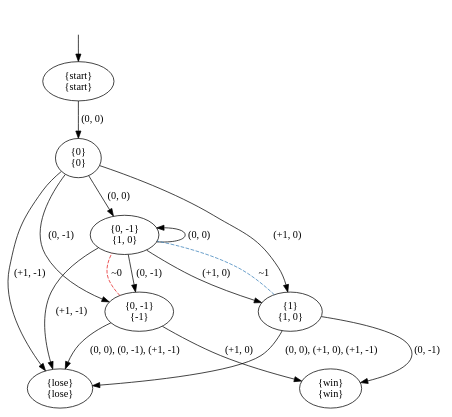
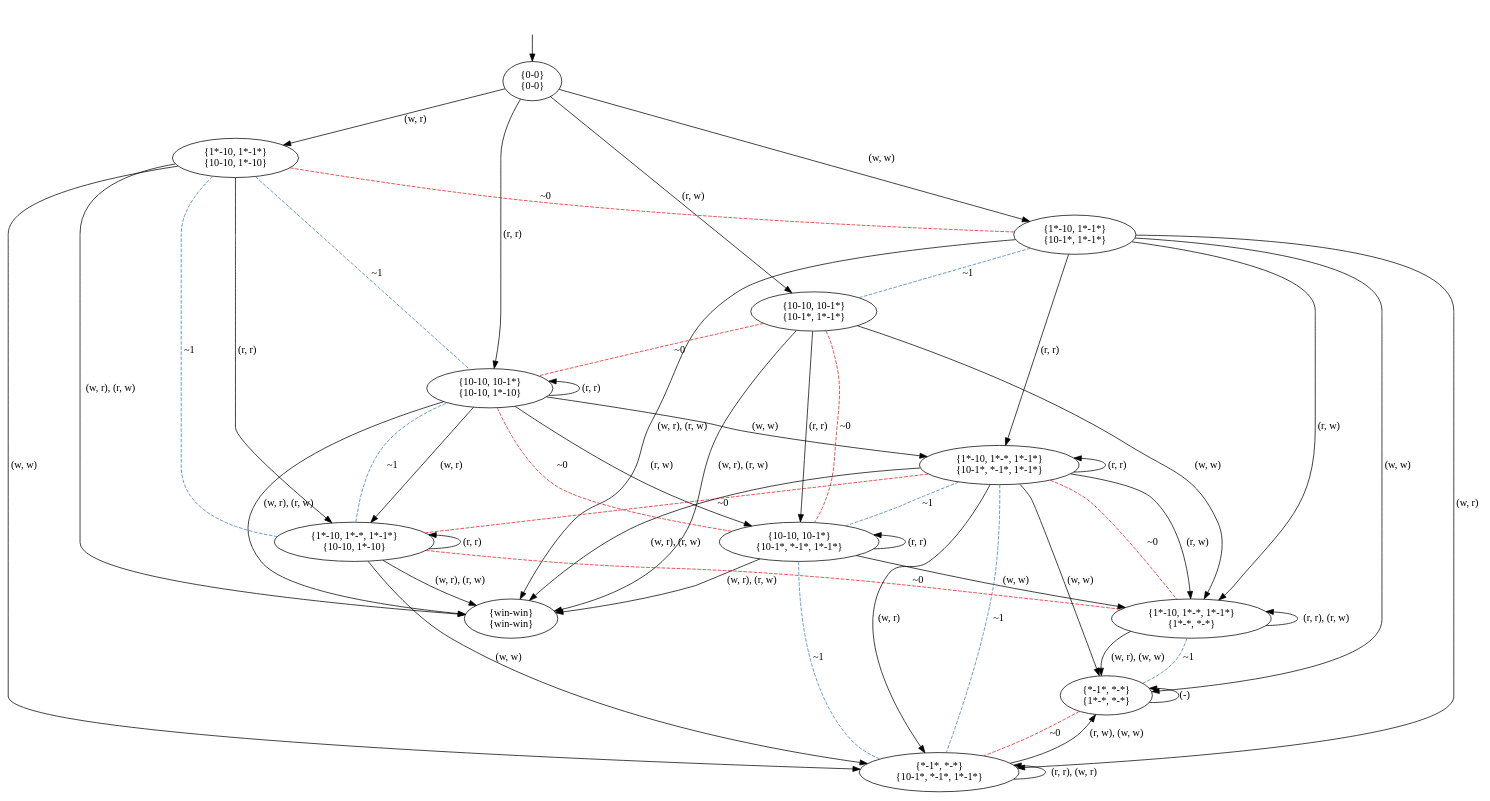
The diagram in pictures/GK2.dot (olandr/mkbsc), drawn with Graphviz before and after one commit. The commit also changed 8 other files, not shown here.

```diff
--- a/pictures/GK2.dot
+++ b/pictures/GK2.dot
@@ -1,30 +1,72 @@
 digraph  {
 concentrate=False;
 nodesep=0.5;
 ranksep=0.5;
 splines=True;
-4676471832 [label="{start}\n{start}"];
-4676471944 [label="{0}\n{0}"];
-4676471272 [label="{0, -1}\n{1, 0}"];
-4676472112 [label="{1}\n{1, 0}"];
-4676472336 [label="{0, -1}\n{-1}"];
-4676472560 [label="{lose}\n{lose}"];
-4676434016 [label="{win}\n{win}"];
+4626917864 [label="{0-0}\n{0-0}"];
+4626917752 [label="{10-10, 10-1*}\n{10-10, 1*-10}"];
+4626917640 [label="{1*-10, 1*-1*}\n{10-10, 1*-10}"];
+4626918648 [label="{10-10, 10-1*}\n{10-1*, 1*-1*}"];
+4626918760 [label="{1*-10, 1*-1*}\n{10-1*, 1*-1*}"];
+4626917920 [label="{1*-10, 1*-*, 1*-1*}\n{10-10, 1*-10}"];
+4626918088 [label="{win-win}\n{win-win}"];
+4626918200 [label="{10-10, 10-1*}\n{10-1*, *-1*, 1*-1*}"];
+4626918424 [label="{1*-10, 1*-*, 1*-1*}\n{10-1*, *-1*, 1*-1*}"];
+4626919264 [label="{*-1*, *-*}\n{10-1*, *-1*, 1*-1*}"];
+4624242728 [label="{1*-10, 1*-*, 1*-1*}\n{1*-*, *-*}"];
+4626699040 [label="{*-1*, *-*}\n{1*-*, *-*}"];
 hidden [label="", shape=none];
-4676471832 -> 4676471944  [action="('0', '0')", key="('0', '0')", label="(0, 0)"];
-4676471944 -> 4676471272  [action="('0', '0')", key="('0', '0')", label="(0, 0)"];
-4676471944 -> 4676472112  [action="('+1', '0')", key="('+1', '0')", label="(+1, 0)"];
-4676471944 -> 4676472336  [action="('0', '-1')", key="('0', '-1')", label="(0, -1)"];
-4676471944 -> 4676472560  [action="('+1', '-1')", key="('+1', '-1')", label="(+1, -1)"];
-4676471272 -> 4676471272  [action="('0', '0')", dir=back, key="('0', '0')", label="(0, 0)"];
-4676471272 -> 4676472112  [action="('+1', '0')", key="('+1', '0')", label="(+1, 0)"];
-4676471272 -> 4676472336  [action="('0', '-1')", key="('0', '-1')", label="(0, -1)"];
-4676471272 -> 4676472560  [action="('+1', '-1')", key="('+1', '-1')", label="(+1, -1)"];
-4676472112 -> 4676434016  [action="('0', '-1')", key="('0', '-1')", label="(0, -1)"];
-4676472112 -> 4676472560  [action="(('0', '0'), ('+1', '0'), ('+1', '-1'))", key="(('0', '0'), ('+1', '0'), ('+1', '-1'))", label="(0, 0), (+1, 0), (+1, -1)"];
-4676472112 -> 4676471272  [arrowhead=none, color=2, colorscheme=set19, constraint=True, key=0, label="~1", style=dashed];
-4676472336 -> 4676434016  [action="('+1', '0')", key="('+1', '0')", label="(+1, 0)"];
-4676472336 -> 4676472560  [action="(('0', '0'), ('0', '-1'), ('+1', '-1'))", key="(('0', '0'), ('0', '-1'), ('+1', '-1'))", label="(0, 0), (0, -1), (+1, -1)"];
-4676472336 -> 4676471272  [arrowhead=none, color=1, colorscheme=set19, constraint=True, key=0, label="~0", style=dashed];
-hidden -> 4676471832  [key=0];
+4626917864 -> 4626917752  [action="('r', 'r')", key="('r', 'r')", label="(r, r)"];
+4626917864 -> 4626917640  [action="('w', 'r')", key="('w', 'r')", label="(w, r)"];
+4626917864 -> 4626918648  [action="('r', 'w')", key="('r', 'w')", label="(r, w)"];
+4626917864 -> 4626918760  [action="('w', 'w')", key="('w', 'w')", label="(w, w)"];
+4626917752 -> 4626917752  [action="('r', 'r')", dir=back, key="('r', 'r')", label="(r, r)"];
+4626917752 -> 4626917920  [action="('w', 'r')", key="('w', 'r')", label="(w, r)"];
+4626917752 -> 4626918200  [action="('r', 'w')", key="('r', 'w')", label="(r, w)"];
+4626917752 -> 4626918424  [action="('w', 'w')", key="('w', 'w')", label="(w, w)"];
+4626917752 -> 4626918088  [action="(('w', 'r'), ('r', 'w'))", key="(('w', 'r'), ('r', 'w'))", label="(w, r), (r, w)"];
+4626917640 -> 4626917920  [action="('r', 'r')", key="('r', 'r')", label="(r, r)"];
+4626917640 -> 4626917920  [arrowhead=none, color=2, colorscheme=set19, constraint=True, key=1, label="~1", style=dashed];
+4626917640 -> 4626919264  [action="('w', 'w')", key="('w', 'w')", label="(w, w)"];
+4626917640 -> 4626918088  [action="(('w', 'r'), ('r', 'w'))", key="(('w', 'r'), ('r', 'w'))", label="(w, r), (r, w)"];
+4626917640 -> 4626918760  [arrowhead=none, color=1, colorscheme=set19, constraint=True, key=0, label="~0", style=dashed];
+4626917640 -> 4626917752  [arrowhead=none, color=2, colorscheme=set19, constraint=True, key=0, label="~1", style=dashed];
+4626918648 -> 4626918200  [action="('r', 'r')", key="('r', 'r')", label="(r, r)"];
+4626918648 -> 4626918200  [arrowhead=none, color=1, colorscheme=set19, constraint=True, key=1, label="~0", style=dashed];
+4626918648 -> 4624242728  [action="('w', 'w')", key="('w', 'w')", label="(w, w)"];
+4626918648 -> 4626918088  [action="(('w', 'r'), ('r', 'w'))", key="(('w', 'r'), ('r', 'w'))", label="(w, r), (r, w)"];
+4626918648 -> 4626917752  [arrowhead=none, color=1, colorscheme=set19, constraint=True, key=0, label="~0", style=dashed];
+4626918760 -> 4626918424  [action="('r', 'r')", key="('r', 'r')", label="(r, r)"];
+4626918760 -> 4626919264  [action="('w', 'r')", key="('w', 'r')", label="(w, r)"];
+4626918760 -> 4624242728  [action="('r', 'w')", key="('r', 'w')", label="(r, w)"];
+4626918760 -> 4626699040  [action="('w', 'w')", key="('w', 'w')", label="(w, w)"];
+4626918760 -> 4626918088  [action="(('w', 'r'), ('r', 'w'))", key="(('w', 'r'), ('r', 'w'))", label="(w, r), (r, w)"];
+4626918760 -> 4626918648  [arrowhead=none, color=2, colorscheme=set19, constraint=True, key=0, label="~1", style=dashed];
+4626917920 -> 4626917920  [action="('r', 'r')", dir=back, key="('r', 'r')", label="(r, r)"];
+4626917920 -> 4626919264  [action="('w', 'w')", key="('w', 'w')", label="(w, w)"];
+4626917920 -> 4626918088  [action="(('w', 'r'), ('r', 'w'))", key="(('w', 'r'), ('r', 'w'))", label="(w, r), (r, w)"];
+4626917920 -> 4624242728  [arrowhead=none, color=1, colorscheme=set19, constraint=True, key=0, label="~0", style=dashed];
+4626917920 -> 4626917752  [arrowhead=none, color=2, colorscheme=set19, constraint=True, key=0, label="~1", style=dashed];
+4626918200 -> 4626918200  [action="('r', 'r')", dir=back, key="('r', 'r')", label="(r, r)"];
+4626918200 -> 4624242728  [action="('w', 'w')", key="('w', 'w')", label="(w, w)"];
+4626918200 -> 4626918088  [action="(('w', 'r'), ('r', 'w'))", key="(('w', 'r'), ('r', 'w'))", label="(w, r), (r, w)"];
+4626918200 -> 4626917752  [arrowhead=none, color=1, colorscheme=set19, constraint=True, key=0, label="~0", style=dashed];
+4626918200 -> 4626919264  [arrowhead=none, color=2, colorscheme=set19, constraint=True, key=0, label="~1", style=dashed];
+4626918424 -> 4626918424  [action="('r', 'r')", dir=back, key="('r', 'r')", label="(r, r)"];
+4626918424 -> 4626919264  [action="('w', 'r')", key="('w', 'r')", label="(w, r)"];
+4626918424 -> 4626919264  [arrowhead=none, color=2, colorscheme=set19, constraint=True, key=1, label="~1", style=dashed];
+4626918424 -> 4624242728  [action="('r', 'w')", key="('r', 'w')", label="(r, w)"];
+4626918424 -> 4624242728  [arrowhead=none, color=1, colorscheme=set19, constraint=True, key=1, label="~0", style=dashed];
+4626918424 -> 4626699040  [action="('w', 'w')", key="('w', 'w')", label="(w, w)"];
+4626918424 -> 4626918088  [action="(('w', 'r'), ('r', 'w'))", key="(('w', 'r'), ('r', 'w'))", label="(w, r), (r, w)"];
+4626918424 -> 4626917920  [arrowhead=none, color=1, colorscheme=set19, constraint=True, key=0, label="~0", style=dashed];
+4626918424 -> 4626918200  [arrowhead=none, color=2, colorscheme=set19, constraint=True, key=0, label="~1", style=dashed];
+4626919264 -> 4626919264  [action="(('r', 'r'), ('w', 'r'))", dir=back, key="(('r', 'r'), ('w', 'r'))", label="(r, r), (w, r)"];
+4626919264 -> 4626699040  [action="(('r', 'w'), ('w', 'w'))", key="(('r', 'w'), ('w', 'w'))", label="(r, w), (w, w)"];
+4624242728 -> 4624242728  [action="(('r', 'r'), ('r', 'w'))", dir=back, key="(('r', 'r'), ('r', 'w'))", label="(r, r), (r, w)"];
+4624242728 -> 4626699040  [action="(('w', 'r'), ('w', 'w'))", key="(('w', 'r'), ('w', 'w'))", label="(w, r), (w, w)"];
+4624242728 -> 4626699040  [arrowhead=none, color=2, colorscheme=set19, constraint=True, key=1, label="~1", style=dashed];
+4626699040 -> 4626699040  [action="(('r', 'r'), ('w', 'r'), ('r', 'w'), ('w', 'w'))", dir=back, key="(('r', 'r'), ('w', 'r'), ('r', 'w'), ('w', 'w'))", label="(-)"];
+4626699040 -> 4626919264  [arrowhead=none, color=1, colorscheme=set19, constraint=True, key=0, label="~0", style=dashed];
+hidden -> 4626917864  [key=0];
 }
```
